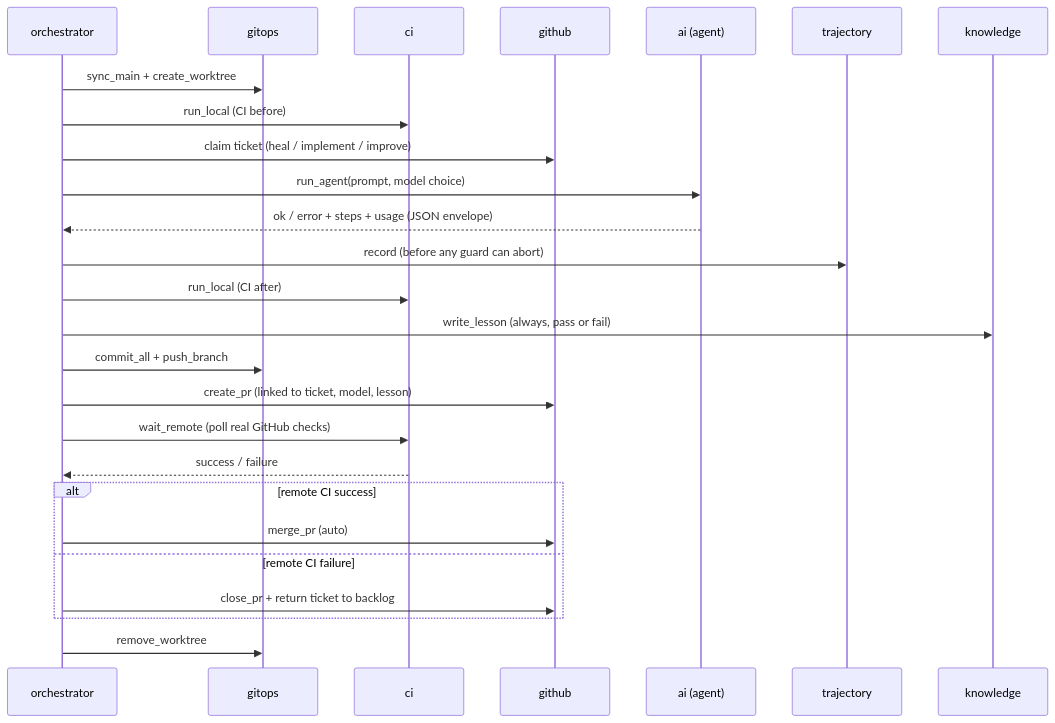
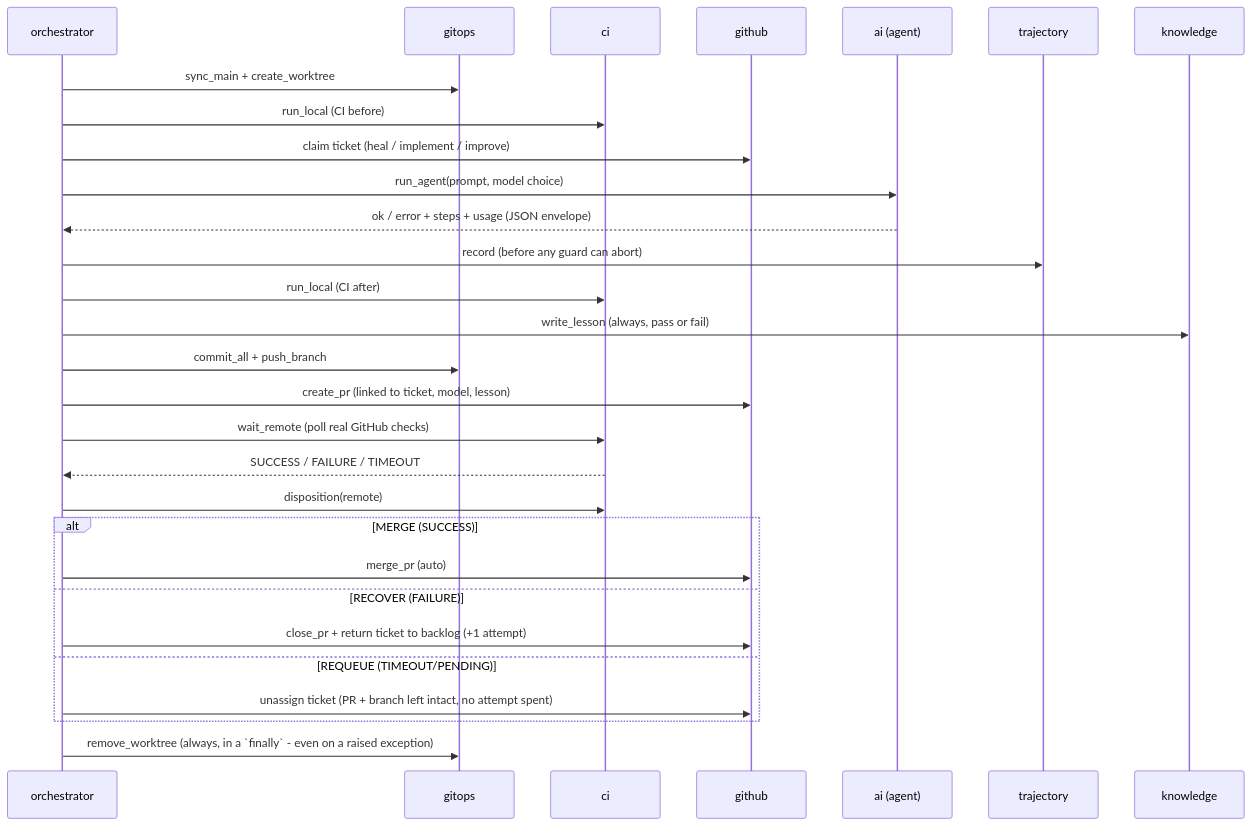
The diagram in docs/ARCHITECTURE.md (hyperscaleailabs/ai-hyperswarm-proto-core), drawn with Mermaid before and after one commit. The commit also changed other lines of this file and 20 other files, not shown here.

First line of the commit message:
implement: refactor: honest iteration exit path - TIMEOUT is not FAILURE, and worktrees are never leaked

````diff
--- a/docs/ARCHITECTURE.md
+++ b/docs/ARCHITECTURE.md
@@ -26,29 +27,32 @@
 ```mermaid
 sequenceDiagram
     participant O as orchestrator
     participant G as gitops
     participant C as ci
     participant H as github
     participant A as ai (agent)
     participant T as trajectory
     participant K as knowledge
 
     O->>G: sync_main + create_worktree
     O->>C: run_local (CI before)
     O->>H: claim ticket (heal / implement / improve)
     O->>A: run_agent(prompt, model choice)
     A-->>O: ok / error + steps + usage (JSON envelope)
     O->>T: record (before any guard can abort)
     O->>C: run_local (CI after)
     O->>K: write_lesson (always, pass or fail)
     O->>G: commit_all + push_branch
     O->>H: create_pr (linked to ticket, model, lesson)
     O->>C: wait_remote (poll real GitHub checks)
-    C-->>O: success / failure
-    alt remote CI success
+    C-->>O: SUCCESS / FAILURE / TIMEOUT
+    O->>C: disposition(remote)
+    alt MERGE (SUCCESS)
         O->>H: merge_pr (auto)
-    else remote CI failure
-        O->>H: close_pr + return ticket to backlog
+    else RECOVER (FAILURE)
+        O->>H: close_pr + return ticket to backlog (+1 attempt)
+    else REQUEUE (TIMEOUT/PENDING)
+        O->>H: unassign ticket (PR + branch left intact, no attempt spent)
     end
-    O->>G: remove_worktree
+    O->>G: remove_worktree (always, in a `finally` - even on a raised exception)
 ```
````
